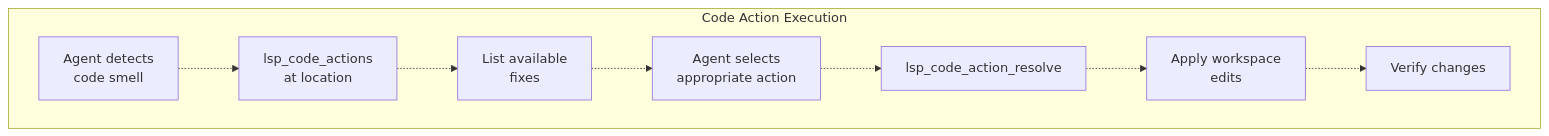
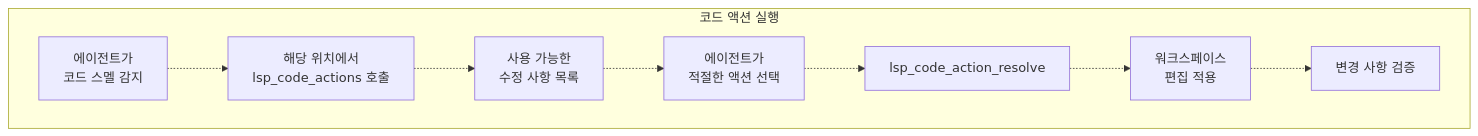
The fifth of 7 diagrams in docs/tools/lsp-tools.md (felipetruman/oh-my-opencode-docs), drawn with Mermaid before and after one commit. The commit also changed other lines of this file and 76 other files, not shown here.

````diff
--- a/docs/tools/lsp-tools.md
+++ b/docs/tools/lsp-tools.md
@@ -316,27 +316,27 @@
 ```mermaid
 flowchart TD
 
-Detect["Agent detects<br>code smell"]
-Query["lsp_code_actions<br>at location"]
-List["List available<br>fixes"]
-Select["Agent selects<br>appropriate action"]
+Detect["에이전트가<br>코드 스멜 감지"]
+Query["해당 위치에서<br>lsp_code_actions 호출"]
+List["사용 가능한<br>수정 사항 목록"]
+Select["에이전트가<br>적절한 액션 선택"]
 Resolve["lsp_code_action_resolve"]
-Apply["Apply workspace<br>edits"]
-Verify["Verify changes"]
+Apply["워크스페이스<br>편집 적용"]
+Verify["변경 사항 검증"]
 
-subgraph subGraph0 ["Code Action Execution"]
+subgraph subGraph0 ["코드 액션 실행"]
     Detect
     Query
     List
     Select
     Resolve
     Apply
     Verify
     Detect -.-> Query
     Query -.-> List
     List -.-> Select
     Select -.-> Resolve
     Resolve -.-> Apply
     Apply -.-> Verify
 end
 ```
````
